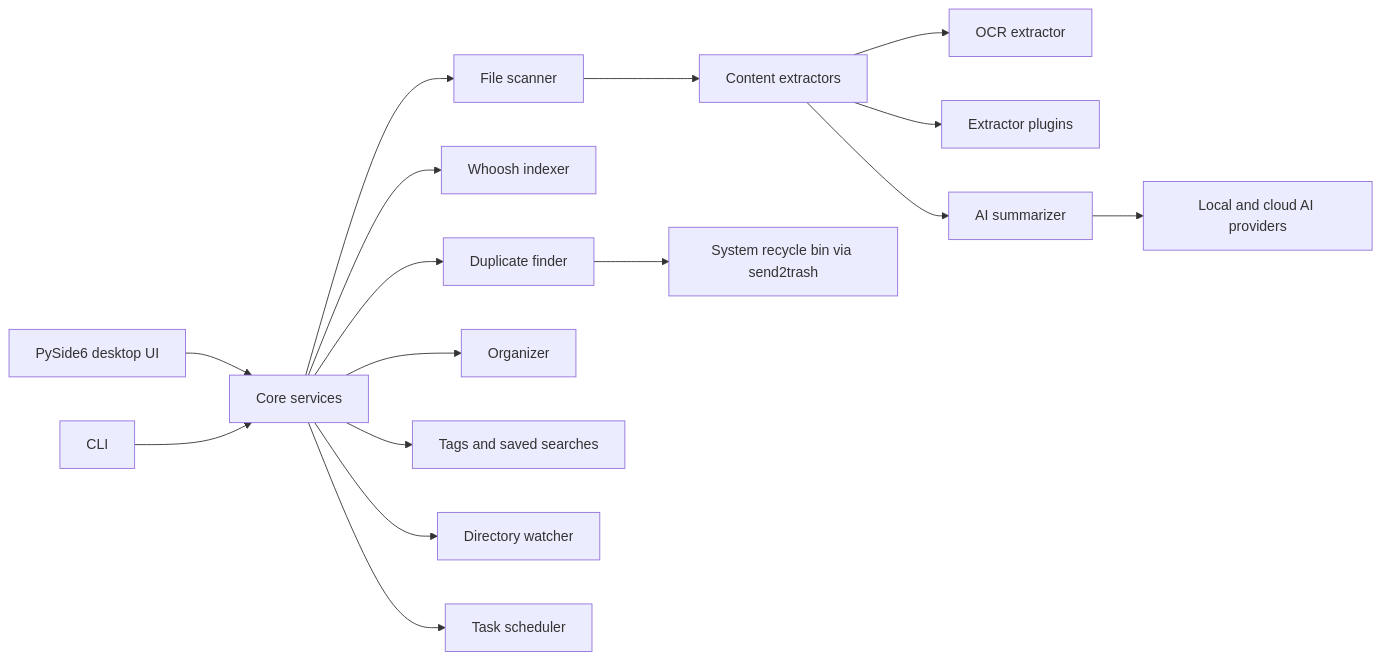
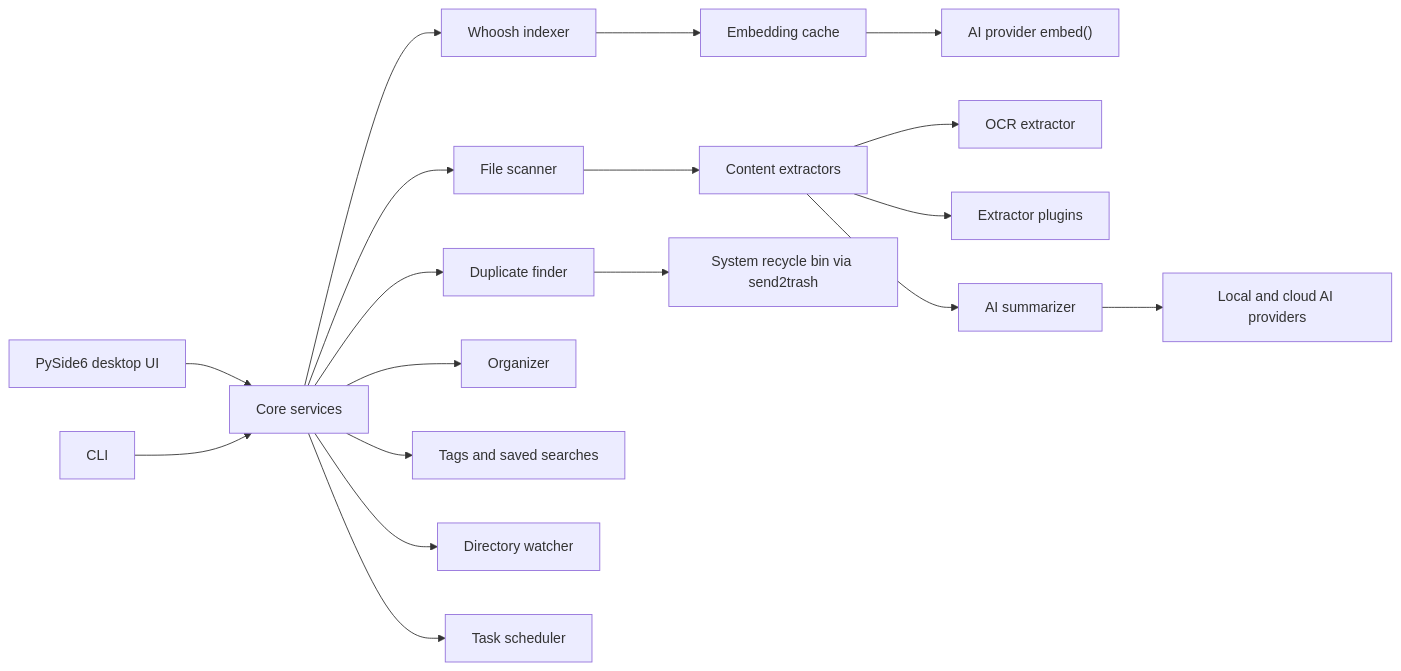
The diagram in README.md (cuiheng511/filepilot-ai), drawn with Mermaid before and after one commit. The commit also changed other lines of this file and 41 other files, not shown here.

````diff
--- a/README.md
+++ b/README.md
@@ -205,18 +176,20 @@
 ```mermaid
 flowchart LR
     UI["PySide6 desktop UI"] --> Core["Core services"]
     CLI["CLI"] --> Core
     Core --> Scanner["File scanner"]
     Core --> Indexer["Whoosh indexer"]
+    Indexer --> EmbedCache["Embedding cache"]
+    EmbedCache --> AI["AI provider embed()"]
     Core --> Duplicates["Duplicate finder"]
     Core --> Organizer["Organizer"]
     Core --> Tags["Tags and saved searches"]
     Core --> Watcher["Directory watcher"]
     Core --> Scheduler["Task scheduler"]
     Scanner --> Extractors["Content extractors"]
     Extractors --> OCR["OCR extractor"]
     Extractors --> Plugins["Extractor plugins"]
     Extractors --> Summarizer["AI summarizer"]
     Summarizer --> Providers["Local and cloud AI providers"]
     Duplicates --> Recycle["System recycle bin via send2trash"]
 ```
````
